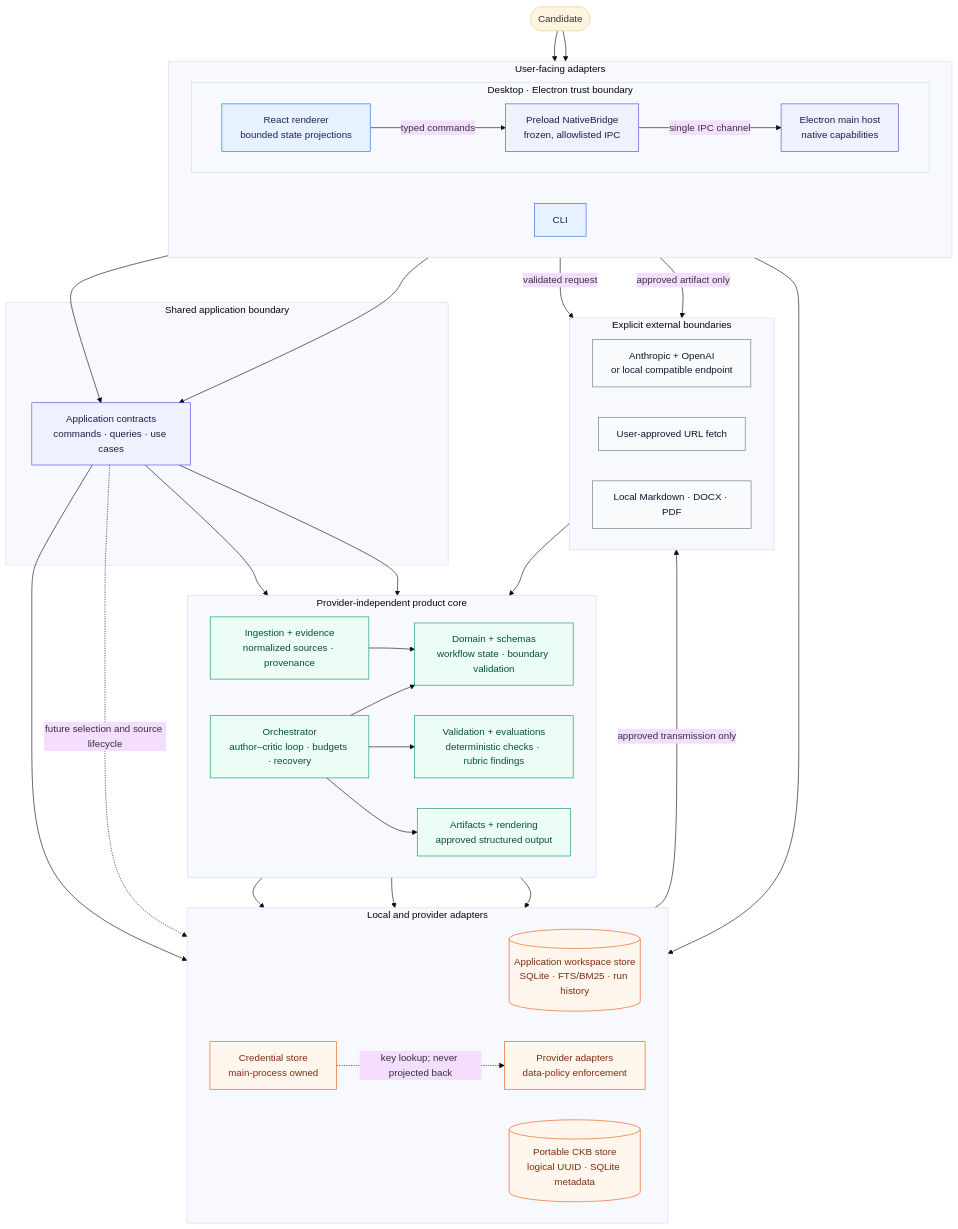
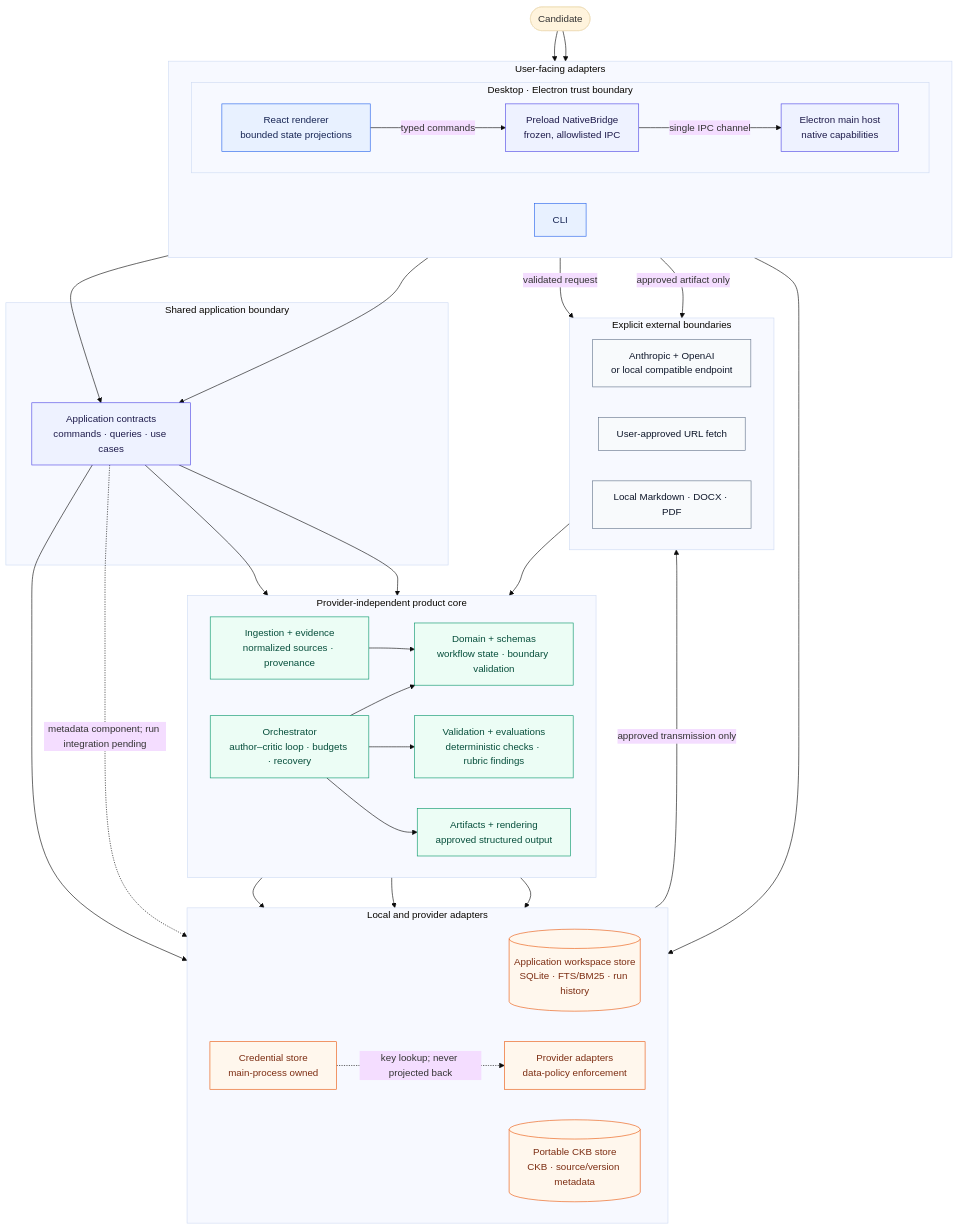
One commit to akoita/draft-loop changed the diagram in docs/architecture.md. Above: the diagram before and after it, drawn with Mermaid (base theme). The commit also changed other lines of this file and 16 other files, not shown here.

Commit message:
feat(knowledge): add source version metadata

````diff
--- a/docs/architecture.md
+++ b/docs/architecture.md
@@ -10,79 +10,79 @@
 ```mermaid
 flowchart TB
     User([Candidate])
 
     subgraph Adapters["User-facing adapters"]
         direction LR
         CLI["CLI"]
 
         subgraph Desktop["Desktop · Electron trust boundary"]
             direction LR
             Renderer["React renderer<br/>bounded state projections"]
             Bridge["Preload NativeBridge<br/>frozen, allowlisted IPC"]
             Host["Electron main host<br/>native capabilities"]
             Renderer -->|"typed commands"| Bridge
             Bridge -->|"single IPC channel"| Host
         end
     end
 
     subgraph Application["Shared application boundary"]
         App["Application contracts<br/>commands · queries · use cases"]
     end
 
     subgraph Core["Provider-independent product core"]
         direction LR
         Orchestrator["Orchestrator<br/>author–critic loop · budgets · recovery"]
         Domain["Domain + schemas<br/>workflow state · boundary validation"]
         Knowledge["Ingestion + evidence<br/>normalized sources · provenance"]
         Quality["Validation + evaluations<br/>deterministic checks · rubric findings"]
         Artifacts["Artifacts + rendering<br/>approved structured output"]
         Orchestrator --> Domain
         Knowledge --> Domain
         Orchestrator --> Quality
         Orchestrator --> Artifacts
     end
 
     subgraph Infrastructure["Local and provider adapters"]
         direction LR
         WorkspaceStore[("Application workspace store<br/>SQLite · FTS/BM25 · run history")]
-        CKBStore[("Portable CKB store<br/>logical UUID · SQLite metadata")]
+        CKBStore[("Portable CKB store<br/>CKB · source/version metadata")]
         Providers["Provider adapters<br/>data-policy enforcement"]
         Credentials["Credential store<br/>main-process owned"]
     end
 
     subgraph External["Explicit external boundaries"]
         direction LR
         Models["Anthropic + OpenAI<br/>or local compatible endpoint"]
         URL["User-approved URL fetch"]
         Export["Local Markdown · DOCX · PDF"]
     end
 
     User --> CLI
     User --> Renderer
     CLI --> App
     Host --> App
     App --> Orchestrator
     App --> Knowledge
     App --> WorkspaceStore
     Domain --> WorkspaceStore
     Knowledge --> WorkspaceStore
-    App -.->|"future selection and source lifecycle"| CKBStore
+    App -.->|"metadata component; run integration pending"| CKBStore
     Orchestrator --> Providers
     Host --> Credentials
     Credentials -.->|"key lookup; never projected back"| Providers
     Providers -->|"approved transmission only"| Models
     Host -->|"validated request"| URL
     URL --> Knowledge
     Host -->|"approved artifact only"| Export
 
     classDef ui fill:#e8f1ff,stroke:#2563eb,color:#172554;
     classDef boundary fill:#eef2ff,stroke:#4f46e5,color:#1e1b4b;
     classDef core fill:#ecfdf5,stroke:#059669,color:#064e3b;
     classDef infra fill:#fff7ed,stroke:#ea580c,color:#7c2d12;
     classDef external fill:#f8fafc,stroke:#64748b,color:#0f172a;
     class CLI,Renderer ui;
     class Bridge,Host,App boundary;
     class Orchestrator,Domain,Knowledge,Quality,Artifacts core;
     class WorkspaceStore,CKBStore,Providers,Credentials infra;
     class Models,URL,Export external;
 ```
````
